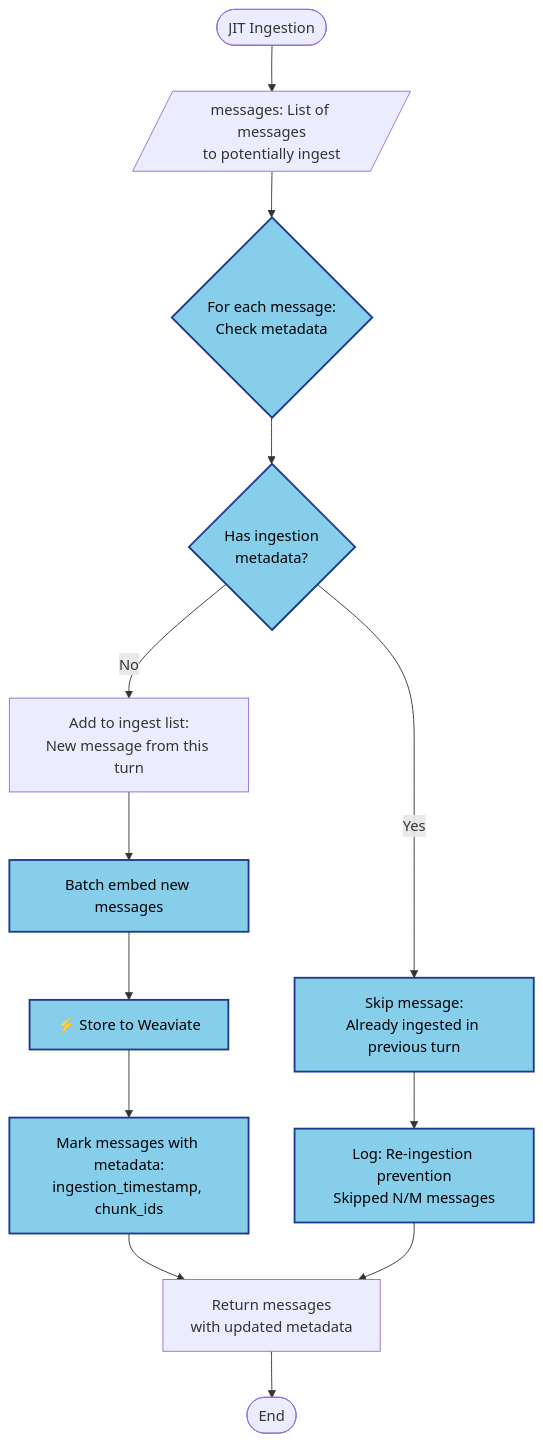
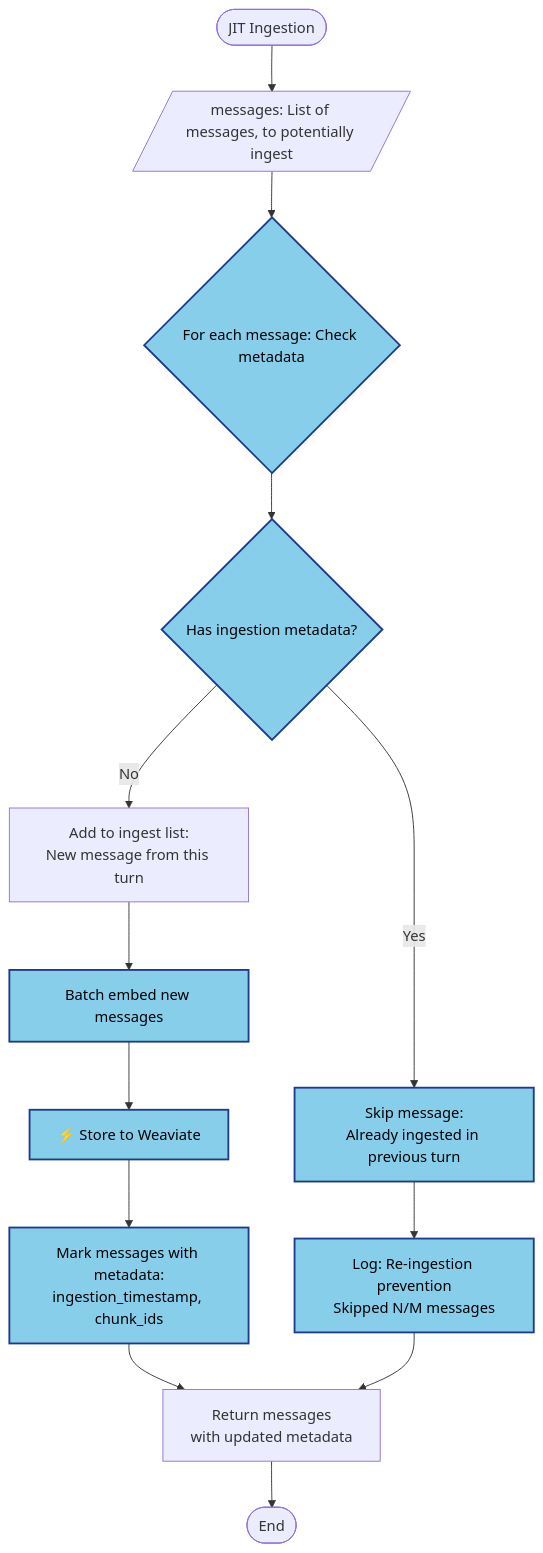
Before and after one commit to Deepakk681/kiwiq: diagram 16 of 22 in docs/design_docs/workflow_service_docs/technical_design/prompt_compaction/CODE_FLOW_DIAGRAMS.md, drawn with Mermaid. The commit also changed other lines of this file and 38 other files, not shown here.

````diff
--- a/docs/design_docs/workflow_service_docs/technical_design/prompt_compaction/CODE_FLOW_DIAGRAMS.md
+++ b/docs/design_docs/workflow_service_docs/technical_design/prompt_compaction/CODE_FLOW_DIAGRAMS.md
@@ -1867,26 +1897,26 @@
 ```mermaid
 graph TB
-    START([JIT Ingestion]) --> INPUT[/messages: List of messages<br/>to potentially ingest/]
+    START([JIT Ingestion]) --> INPUT[/messages: List of messages, to potentially ingest/]
 
-    INPUT --> CHECK_METADATA{For each message:<br/>Check metadata}
+    INPUT --> CHECK_METADATA{For each message: Check metadata}
 
-    CHECK_METADATA --> HAS_FLAG{Has ingestion<br/>metadata?}
+    CHECK_METADATA --> HAS_FLAG{Has ingestion metadata?}
 
     HAS_FLAG -->|Yes| ALREADY_INGESTED[Skip message:<br/>Already ingested in previous turn]
     HAS_FLAG -->|No| TO_INGEST[Add to ingest list:<br/>New message from this turn]
 
     ALREADY_INGESTED --> LOG[Log: Re-ingestion prevention<br/>Skipped N/M messages]
     TO_INGEST --> BATCH[Batch embed new messages]
 
     BATCH --> STORE[⚡ Store to Weaviate]
     STORE --> MARK[Mark messages with metadata:<br/>ingestion_timestamp, chunk_ids]
 
     MARK --> DONE[Return messages<br/>with updated metadata]
     LOG --> DONE
 
     DONE --> END([End])
 
     classDef v21 fill:#87CEEB,stroke:#1E3A8A,stroke-width:2px,color:#000
 
     class CHECK_METADATA,HAS_FLAG,ALREADY_INGESTED,LOG,BATCH,STORE,MARK v21
 ```
````
